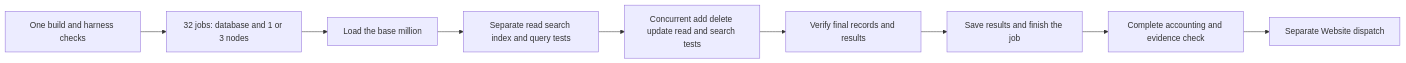
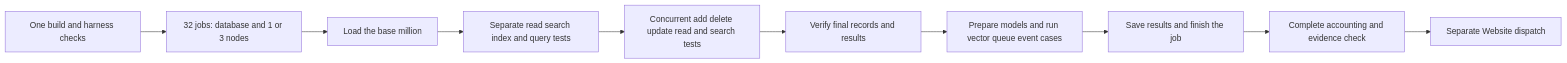
One commit to managedcode/KeyLoad changed the diagram in docs/Features/BenchmarkComparisons/SessionExecution.md. Above: the diagram before and after it, drawn with Mermaid. The commit also changed other lines of this file and 58 other files, not shown here.

````diff
--- a/docs/Features/BenchmarkComparisons/SessionExecution.md
+++ b/docs/Features/BenchmarkComparisons/SessionExecution.md
@@ -47,11 +48,12 @@
 ```mermaid
 flowchart LR
     Prepare[One build and harness checks] --> Packages[32 jobs: database and 1 or 3 nodes]
     Packages --> LoadMillion[Load the base million]
     LoadMillion --> Reads[Separate read search index and query tests]
     Reads --> Mixed[Concurrent add delete update read and search tests]
     Mixed --> Verify[Verify final records and results]
-    Verify --> Results[Save results and finish the job]
+    Verify --> Models[Prepare models and run vector queue event cases]
+    Models --> Results[Save results and finish the job]
     Results --> Aggregate[Complete accounting and evidence check]
     Aggregate --> Dispatch[Separate Website dispatch]
 ```
````
